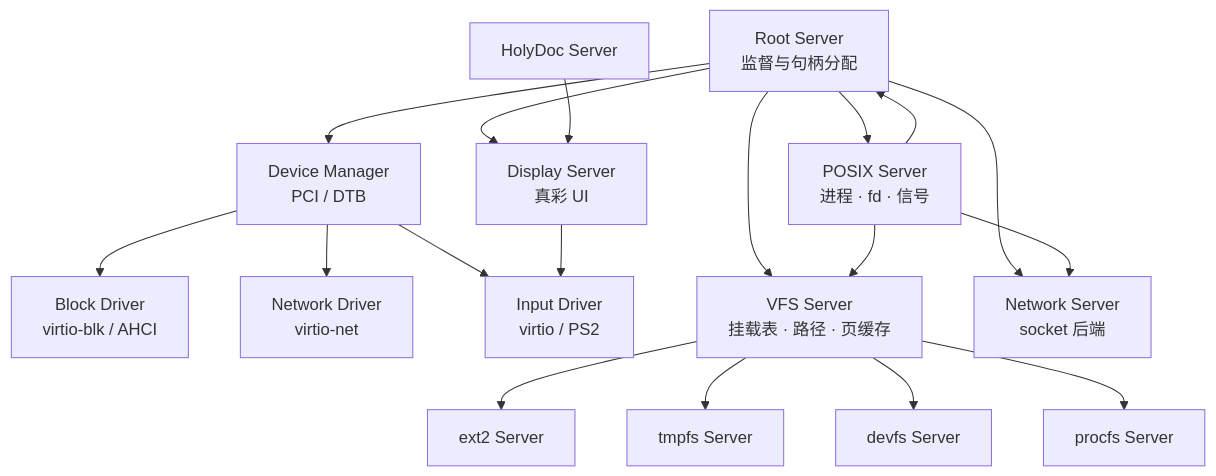
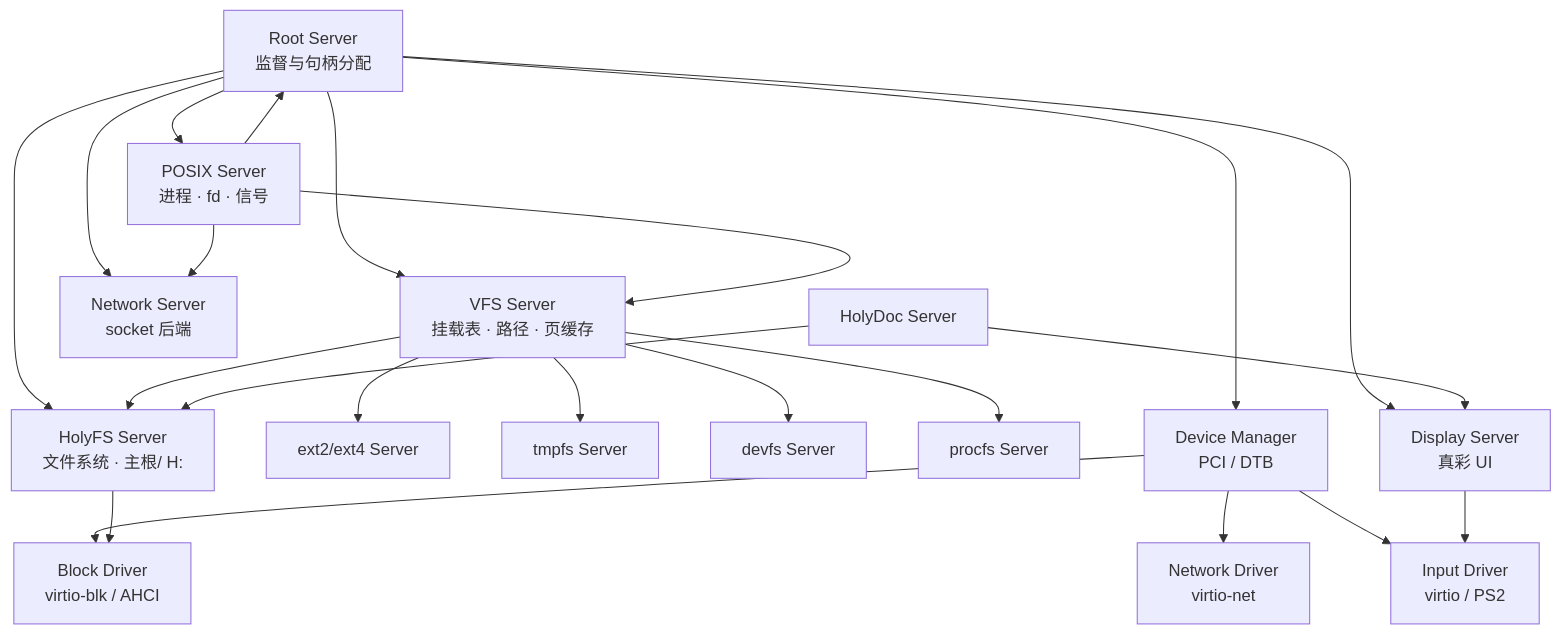
Before and after one commit to hongweifei/HolyKernel: the first of 2 diagrams in docs/servers.md, drawn with Mermaid. The commit also changed other lines of this file and 10 other files, not shown here.

First line of the commit message:
docs: integrate HolyFS across VFS, POSIX and boot

````diff
--- a/docs/servers.md
+++ b/docs/servers.md
@@ -11,35 +11,40 @@
 ```mermaid
 flowchart TB
     Root["Root Server<br/>监督与句柄分配"]
     DM["Device Manager<br/>PCI / DTB"]
     Blk["Block Driver<br/>virtio-blk / AHCI"]
     Net["Network Driver<br/>virtio-net"]
     Input["Input Driver<br/>virtio / PS2"]
     VFS["VFS Server<br/>挂载表 · 路径 · 页缓存"]
-    Ext2["ext2 Server"]
+    Ext2["ext2/ext4 Server"]
     Tmpfs["tmpfs Server"]
     Devfs["devfs Server"]
     Procfs["procfs Server"]
     POSIX["POSIX Server<br/>进程 · fd · 信号"]
     NetSrv["Network Server<br/>socket 后端"]
+    HolyFS["HolyFS Server<br/>文件系统 · 主根/ H:"]
     Display["Display Server<br/>真彩 UI"]
     HolyDoc["HolyDoc Server"]
 
     Root --> DM
     Root --> VFS
     Root --> POSIX
     Root --> NetSrv
+    Root --> HolyFS
     Root --> Display
     DM --> Blk
     DM --> Net
     DM --> Input
     VFS --> Ext2
     VFS --> Tmpfs
     VFS --> Devfs
     VFS --> Procfs
+    VFS --> HolyFS
+    HolyFS --> Blk
     POSIX --> VFS
     POSIX --> NetSrv
     POSIX --> Root
     Display --> Input
     HolyDoc --> Display
+    HolyDoc --> HolyFS
 ```
````
